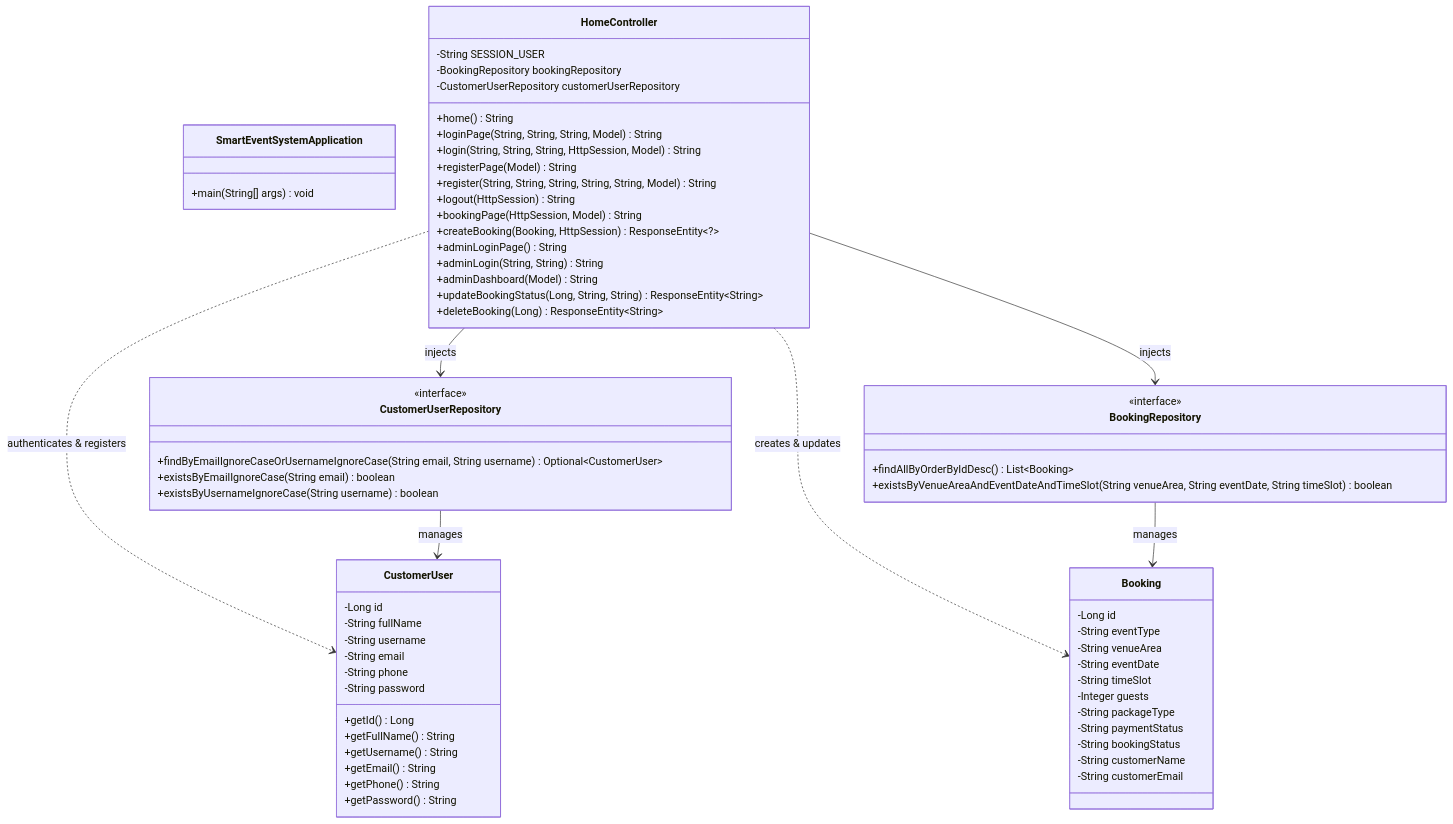
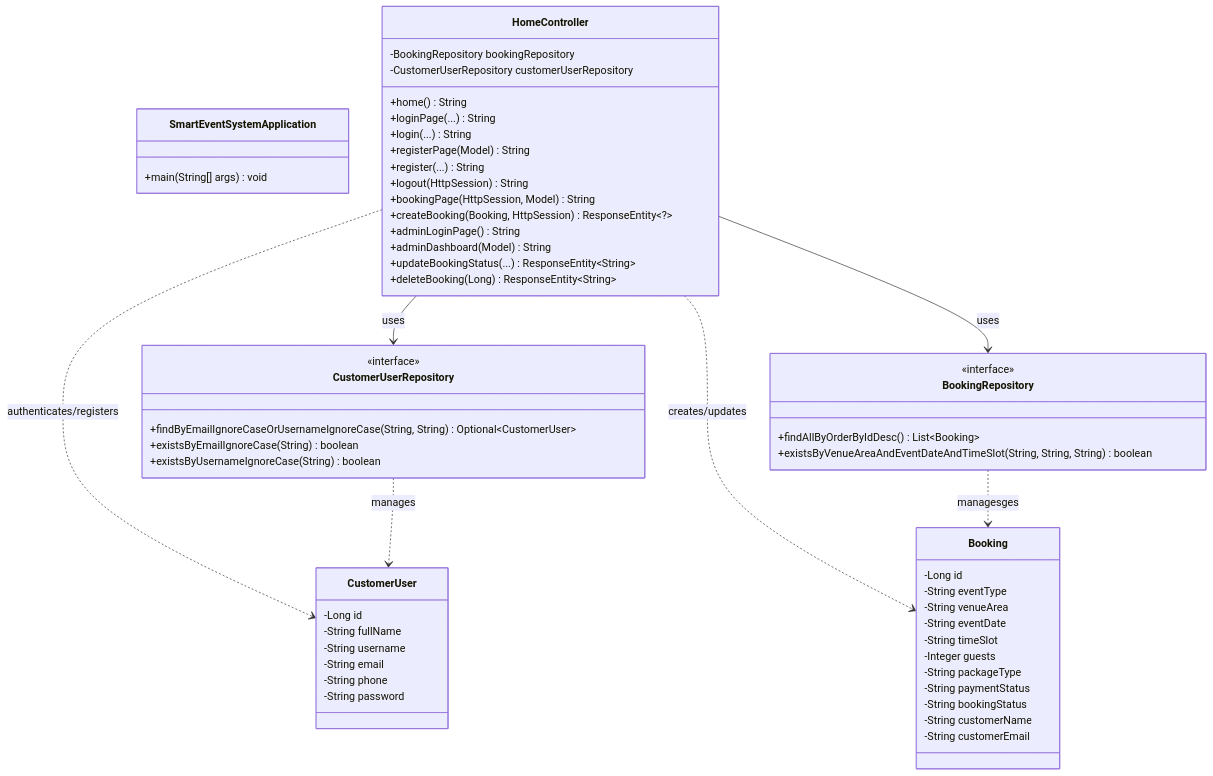
The diagram in README.md (plantillajohncarlo9-alt/Smart-Event-Booking-System), drawn with Mermaid before and after one commit.

````diff
--- a/README.md
+++ b/README.md
@@ -66,75 +66,67 @@
 ```mermaid
 classDiagram
     class SmartEventSystemApplication {
         +main(String[] args) void
     }
 
     class HomeController {
-        -String SESSION_USER
         -BookingRepository bookingRepository
         -CustomerUserRepository customerUserRepository
         +home() String
-        +loginPage(String, String, String, Model) String
-        +login(String, String, String, HttpSession, Model) String
+        +loginPage(...) String
+        +login(...) String
         +registerPage(Model) String
-        +register(String, String, String, String, String, Model) String
+        +register(...) String
         +logout(HttpSession) String
         +bookingPage(HttpSession, Model) String
         +createBooking(Booking, HttpSession) ResponseEntity~?~
         +adminLoginPage() String
-        +adminLogin(String, String) String
         +adminDashboard(Model) String
-        +updateBookingStatus(Long, String, String) ResponseEntity~String~
+        +updateBookingStatus(...) ResponseEntity~String~
         +deleteBooking(Long) ResponseEntity~String~
     }
 
     class CustomerUser {
         -Long id
         -String fullName
         -String username
         -String email
         -String phone
         -String password
-        +getId() Long
-        +getFullName() String
-        +getUsername() String
-        +getEmail() String
-        +getPhone() String
-        +getPassword() String
     }
 
     class Booking {
         -Long id
         -String eventType
         -String venueArea
         -String eventDate
         -String timeSlot
         -Integer guests
         -String packageType
         -String paymentStatus
         -String bookingStatus
         -String customerName
         -String customerEmail
     }
 
     class CustomerUserRepository {
         <<interface>>
-        +findByEmailIgnoreCaseOrUsernameIgnoreCase(String email, String username) Optional~CustomerUser~
-        +existsByEmailIgnoreCase(String email) boolean
-        +existsByUsernameIgnoreCase(String username) boolean
+        +findByEmailIgnoreCaseOrUsernameIgnoreCase(String, String) Optional~CustomerUser~
+        +existsByEmailIgnoreCase(String) boolean
+        +existsByUsernameIgnoreCase(String) boolean
     }
 
     class BookingRepository {
         <<interface>>
         +findAllByOrderByIdDesc() List~Booking~
-        +existsByVenueAreaAndEventDateAndTimeSlot(String venueArea, String eventDate, String timeSlot) boolean
+        +existsByVenueAreaAndEventDateAndTimeSlot(String, String, String) boolean
     }
 
-    HomeController --> CustomerUserRepository : injects
-    HomeController --> BookingRepository : injects
-    HomeController ..> CustomerUser : authenticates & registers
-    HomeController ..> Booking : creates & updates
-    CustomerUserRepository --> CustomerUser : manages
-    BookingRepository --> Booking : manages
+    HomeController --> CustomerUserRepository : uses
+    HomeController --> BookingRepository : uses
+    HomeController ..> CustomerUser : authenticates/registers
+    HomeController ..> Booking : creates/updates
+    CustomerUserRepository ..> CustomerUser : manages
+    BookingRepository ..> Booking : managesges
 
 ```
````
